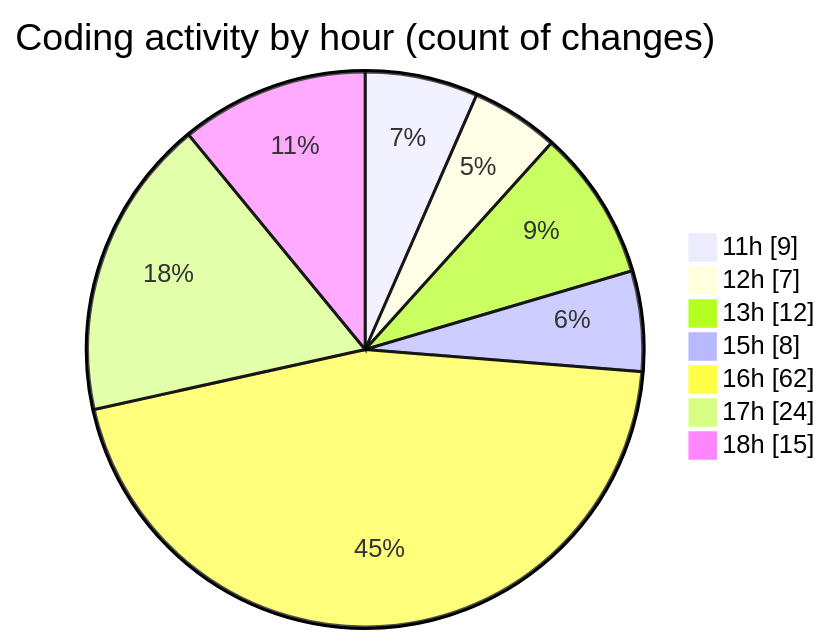
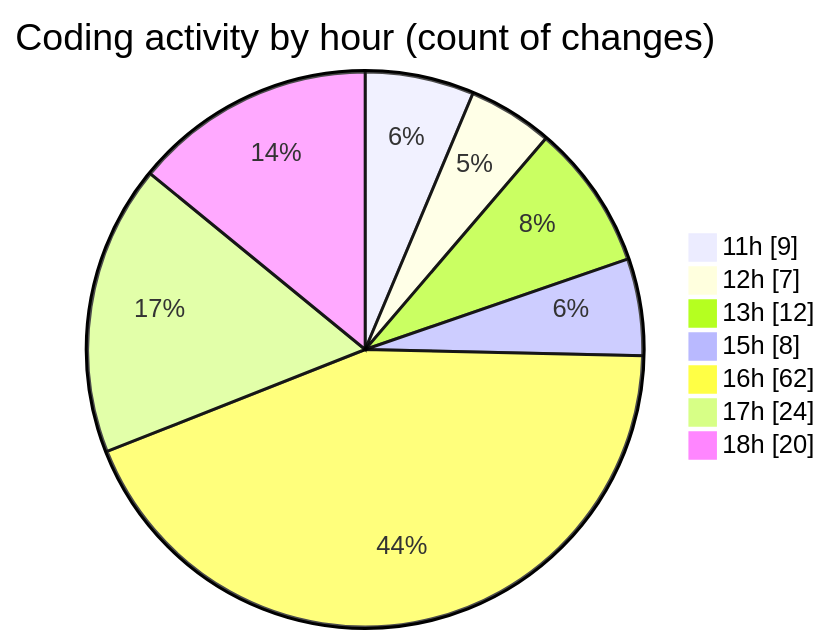
Before and after one commit to EIIisD/code-tracking: the second of 2 diagrams in 2025-08-07/ribbon/README.md, drawn with Mermaid. The commit also changed other lines of this file and 1 other file, not shown here.

````diff
--- a/2025-08-07/ribbon/README.md
+++ b/2025-08-07/ribbon/README.md
@@ -49,11 +49,11 @@
 ```mermaid
 pie showData
 title Coding activity by hour (count of changes)
 "11h" : 9
 "12h" : 7
 "13h" : 12
 "15h" : 8
 "16h" : 62
 "17h" : 24
-"18h" : 15
+"18h" : 20
 ```
````
